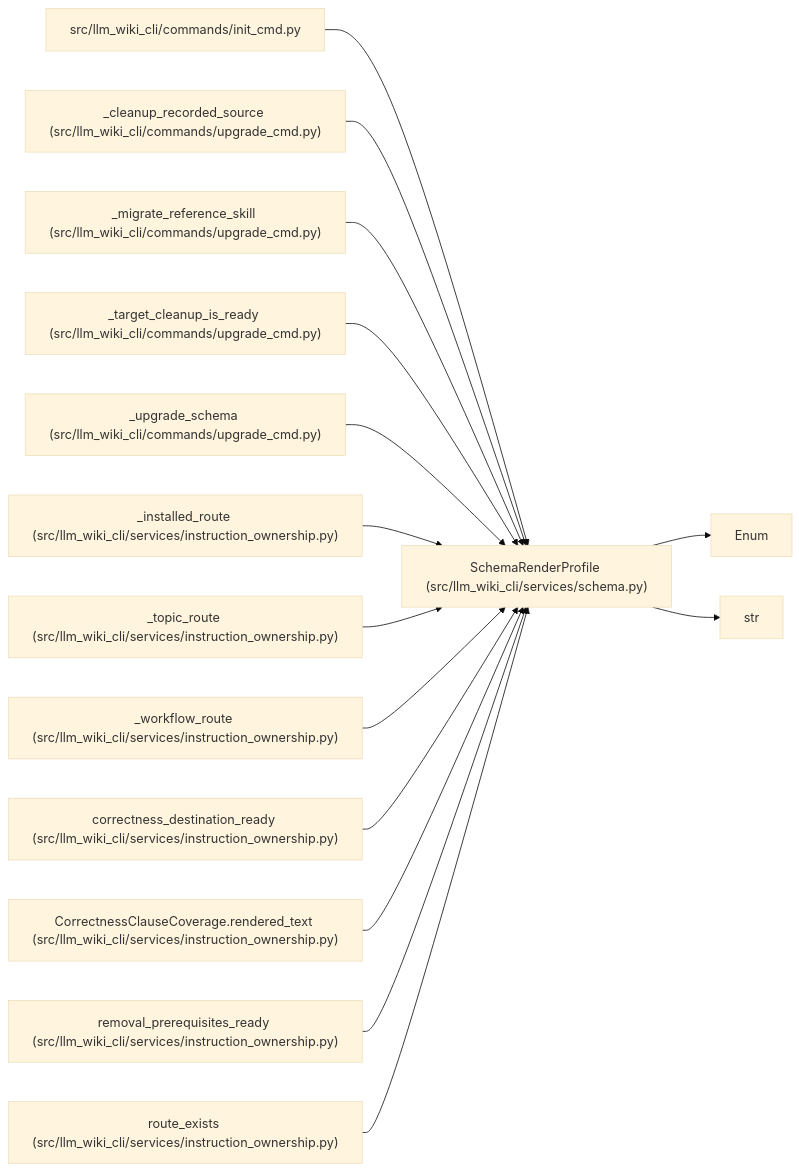
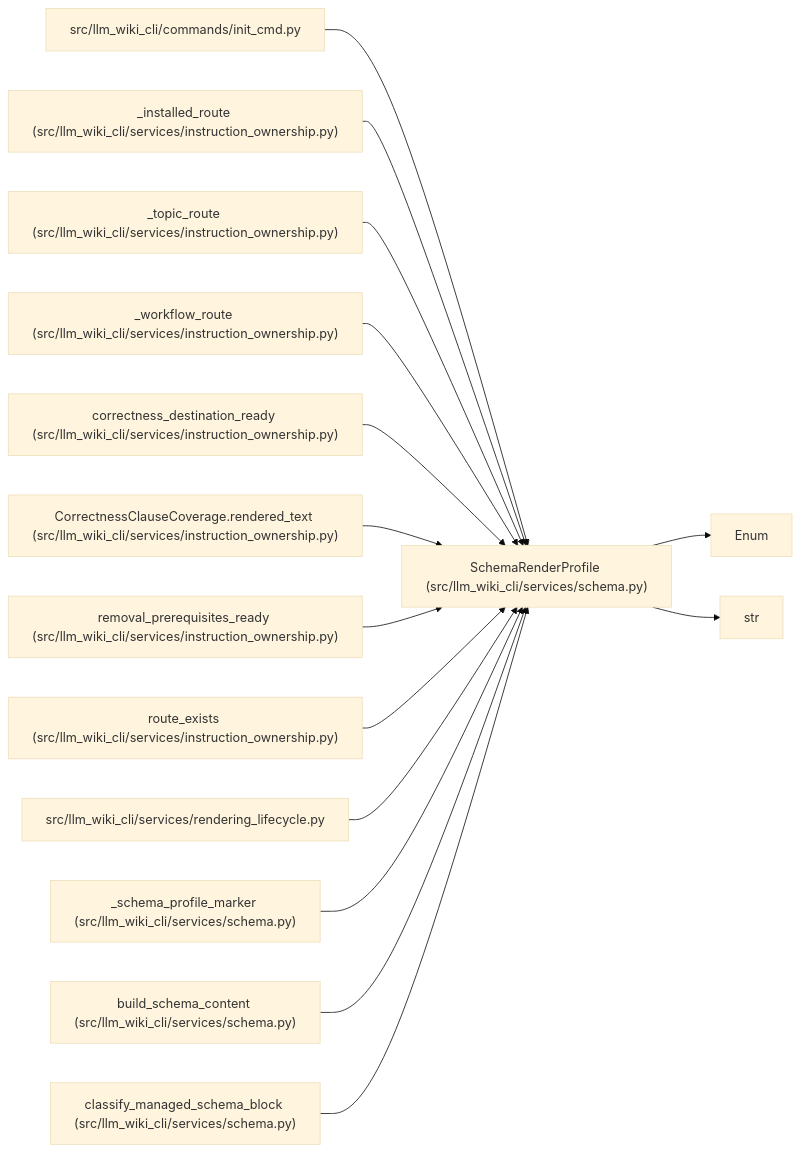
Before and after one commit to Denissvgn/python-wiki-llm: the diagram in docs/llm_wiki/entities/SchemaRenderProfile.md, drawn with Mermaid (base theme). The commit also changed other lines of this file and 1555 other files, not shown here.

````diff
--- a/docs/llm_wiki/entities/SchemaRenderProfile.md
+++ b/docs/llm_wiki/entities/SchemaRenderProfile.md
@@ -26,45 +26,45 @@
 ```mermaid
 flowchart LR
     n0["SchemaRenderProfile (src/llm_wiki_cli/services/schema.py)"]
     n1["Enum"]
     n2["str"]
     n3["src/llm_wiki_cli/commands/init_cmd.py"]
-    n4["_cleanup_recorded_source (src/llm_wiki_cli/commands/upgrade_cmd.py)"]
-    n5["_migrate_reference_skill (src/llm_wiki_cli/commands/upgrade_cmd.py)"]
-    n6["_target_cleanup_is_ready (src/llm_wiki_cli/commands/upgrade_cmd.py)"]
-    n7["_upgrade_schema (src/llm_wiki_cli/commands/upgrade_cmd.py)"]
-    n8["_installed_route (src/llm_wiki_cli/services/instruction_ownership.py)"]
-    n9["_topic_route (src/llm_wiki_cli/services/instruction_ownership.py)"]
-    n10["_workflow_route (src/llm_wiki_cli/services/instruction_ownership.py)"]
-    n11["correctness_destination_ready (src/llm_wiki_cli/services/instruction_ownership.py)"]
-    n12["CorrectnessClauseCoverage.rendered_text (src/llm_wiki_cli/services/instruction_ownership.py)"]
-    n13["removal_prerequisites_ready (src/llm_wiki_cli/services/instruction_ownership.py)"]
-    n14["route_exists (src/llm_wiki_cli/services/instruction_ownership.py)"]
+    n4["_installed_route (src/llm_wiki_cli/services/instruction_ownership.py)"]
+    n5["_topic_route (src/llm_wiki_cli/services/instruction_ownership.py)"]
+    n6["_workflow_route (src/llm_wiki_cli/services/instruction_ownership.py)"]
+    n7["correctness_destination_ready (src/llm_wiki_cli/services/instruction_ownership.py)"]
+    n8["CorrectnessClauseCoverage.rendered_text (src/llm_wiki_cli/services/instruction_ownership.py)"]
+    n9["removal_prerequisites_ready (src/llm_wiki_cli/services/instruction_ownership.py)"]
+    n10["route_exists (src/llm_wiki_cli/services/instruction_ownership.py)"]
+    n11["src/llm_wiki_cli/services/rendering_lifecycle.py"]
+    n12["_schema_profile_marker (src/llm_wiki_cli/services/schema.py)"]
+    n13["build_schema_content (src/llm_wiki_cli/services/schema.py)"]
+    n14["classify_managed_schema_block (src/llm_wiki_cli/services/schema.py)"]
     n0 --> n1
     n0 --> n2
     n3 --> n0
     n4 --> n0
     n5 --> n0
     n6 --> n0
     n7 --> n0
     n8 --> n0
     n9 --> n0
     n10 --> n0
     n11 --> n0
     n12 --> n0
     n13 --> n0
     n14 --> n0
     click n0 "../modules/services_schema.md"
     click n3 "../modules/init_cmd.md"
-    click n4 "../modules/upgrade_cmd.md"
-    click n5 "../modules/upgrade_cmd.md"
-    click n6 "../modules/upgrade_cmd.md"
-    click n7 "../modules/upgrade_cmd.md"
+    click n4 "../modules/instruction_ownership.md"
+    click n5 "../modules/instruction_ownership.md"
+    click n6 "../modules/instruction_ownership.md"
+    click n7 "../modules/instruction_ownership.md"
     click n8 "../modules/instruction_ownership.md"
     click n9 "../modules/instruction_ownership.md"
     click n10 "../modules/instruction_ownership.md"
-    click n11 "../modules/instruction_ownership.md"
-    click n12 "../modules/instruction_ownership.md"
-    click n13 "../modules/instruction_ownership.md"
-    click n14 "../modules/instruction_ownership.md"
+    click n11 "../modules/rendering_lifecycle.md"
+    click n12 "../modules/services_schema.md"
+    click n13 "../modules/services_schema.md"
+    click n14 "../modules/services_schema.md"
 ```
````
